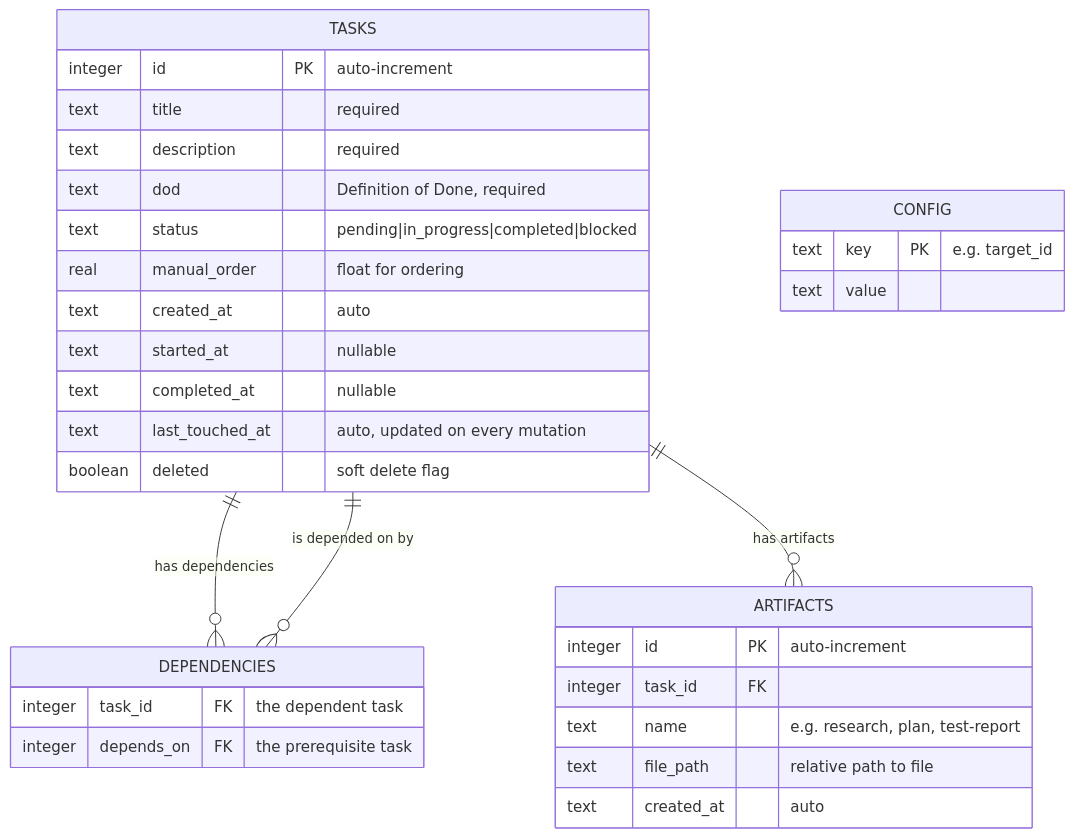
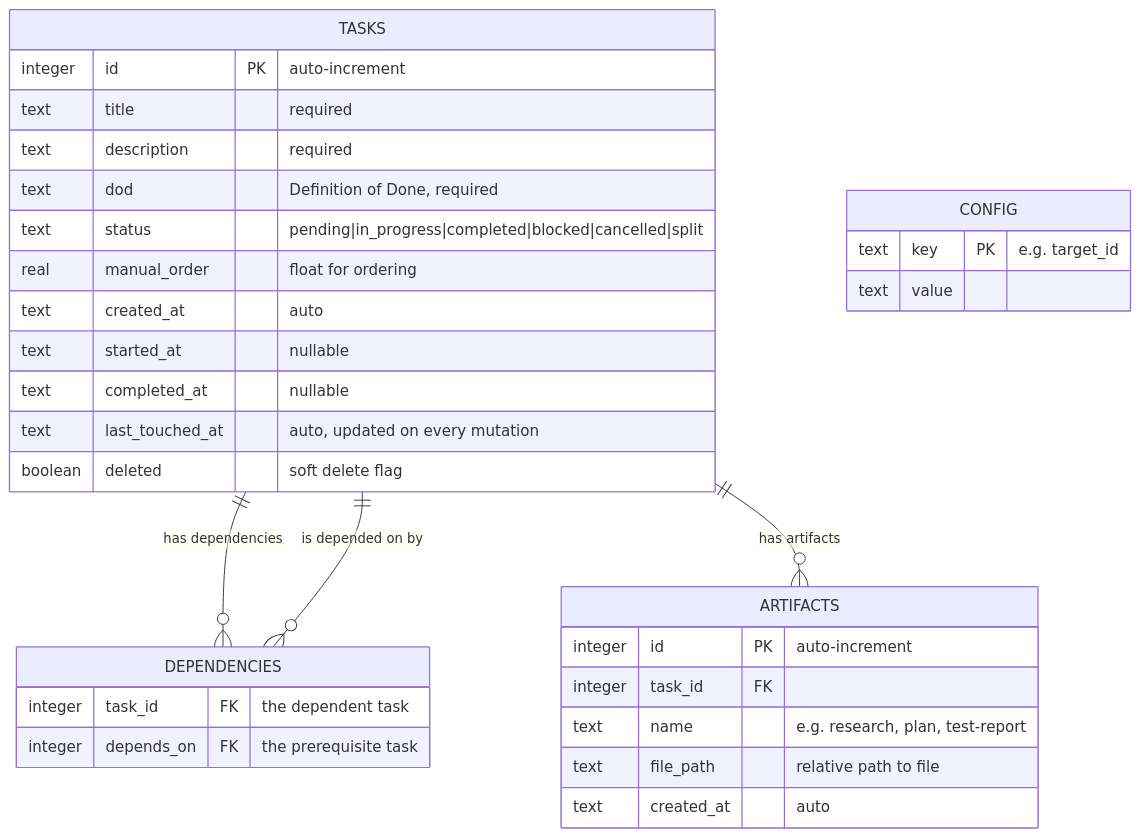
The third of 6 diagrams in SPEC.md (hivemind-ai-core/tasktracker), drawn with Mermaid before and after one commit. The commit also changed other lines of this file and 5 other files, not shown here.

````diff
--- a/SPEC.md
+++ b/SPEC.md
@@ -81,38 +81,38 @@
 ```mermaid
 erDiagram
     TASKS {
         integer id PK "auto-increment"
         text title "required"
         text description "required"
         text dod "Definition of Done, required"
-        text status "pending|in_progress|completed|blocked"
+        text status "pending|in_progress|completed|blocked|cancelled|split"
         real manual_order "float for ordering"
         text created_at "auto"
         text started_at "nullable"
         text completed_at "nullable"
         text last_touched_at "auto, updated on every mutation"
         boolean deleted "soft delete flag"
     }
 
     DEPENDENCIES {
         integer task_id FK "the dependent task"
         integer depends_on FK "the prerequisite task"
     }
 
     ARTIFACTS {
         integer id PK "auto-increment"
         integer task_id FK
         text name "e.g. research, plan, test-report"
         text file_path "relative path to file"
         text created_at "auto"
     }
 
     CONFIG {
         text key PK "e.g. target_id"
         text value
     }
 
     TASKS ||--o{ DEPENDENCIES : "has dependencies"
     TASKS ||--o{ ARTIFACTS : "has artifacts"
     TASKS ||--o{ DEPENDENCIES : "is depended on by"
 ```
````
